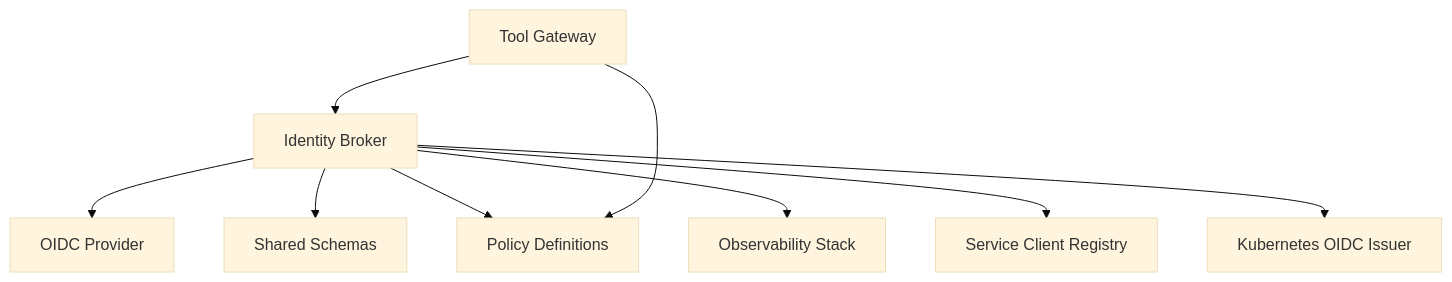
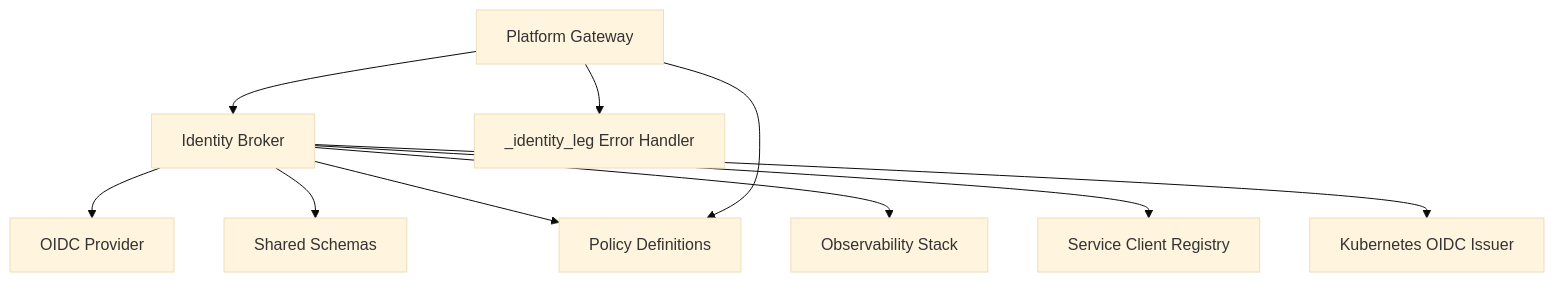
The tenth of 10 diagrams in .qoder/repowiki/en/content/Identity Broker Service/Identity Broker Service.md (metasync/luban-aiops), drawn with Mermaid (base theme) before and after one commit. The commit also changed other lines of this file and 5 other files, not shown here.

````diff
--- a/.qoder/repowiki/en/content/Identity Broker Service/Identity Broker Service.md
+++ b/.qoder/repowiki/en/content/Identity Broker Service/Identity Broker Service.md
@@ -595,11 +654,12 @@
 ```mermaid
 graph TB
 IB["Identity Broker"] --> OIDC["OIDC Provider"]
 IB --> SCHEMA["Shared Schemas"]
 IB --> POLICY["Policy Definitions"]
 IB --> OBS["Observability Stack"]
 IB --> REGISTRY["Service Client Registry"]
 IB --> K8S_OIDC["Kubernetes OIDC Issuer"]
-GW["Tool Gateway"] --> IB
+GW["Platform Gateway"] --> IB
 GW --> POLICY
+GW --> ERROR_HANDLING["_identity_leg Error Handler"]
 ```
````
